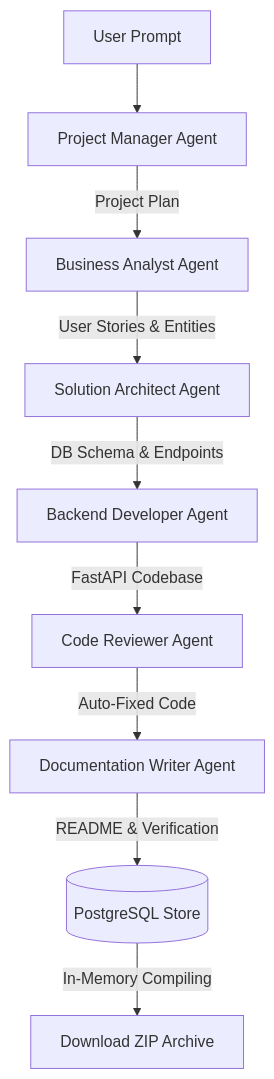
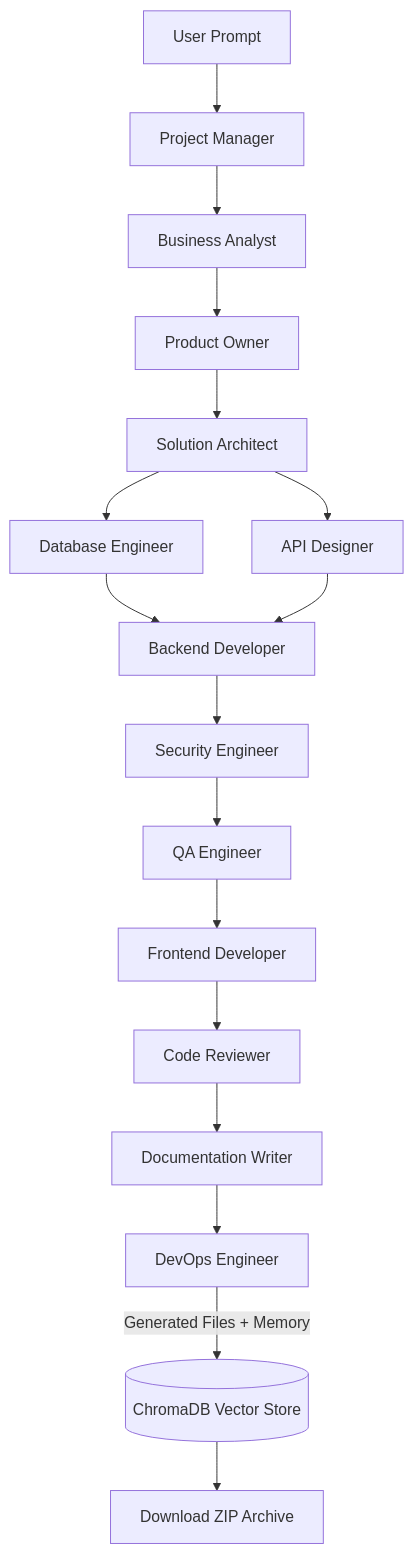
One commit to Logesh-Murugan/codeforge-ai changed the diagram in README.md. Above: the diagram before and after it, drawn with Mermaid. The commit also changed other lines of this file and 82 other files, not shown here.

````diff
--- a/README.md
+++ b/README.md
@@ -23,11 +25,19 @@
 ```mermaid
 flowchart TD
-    A[User Prompt] --> PM[Project Manager Agent]
-    PM -->|Project Plan| BA[Business Analyst Agent]
-    BA -->|User Stories & Entities| SA[Solution Architect Agent]
-    SA -->|DB Schema & Endpoints| BD[Backend Developer Agent]
-    BD -->|FastAPI Codebase| CR[Code Reviewer Agent]
-    CR -->|Auto-Fixed Code| DW[Documentation Writer Agent]
-    DW -->|README & Verification| DB[(PostgreSQL Store)]
-    DB -->|In-Memory Compiling| ZIP[Download ZIP Archive]
+    A[User Prompt] --> PM[Project Manager]
+    PM --> BA[Business Analyst]
+    BA --> PO[Product Owner]
+    PO --> SA[Solution Architect]
+    SA --> DB[Database Engineer]
+    SA --> AD[API Designer]
+    DB --> BD[Backend Developer]
+    AD --> BD
+    BD --> SE[Security Engineer]
+    SE --> QA[QA Engineer]
+    QA --> FE[Frontend Developer]
+    FE --> CR[Code Reviewer]
+    CR --> DW[Documentation Writer]
+    DW --> DO[DevOps Engineer]
+    DO -->|Generated Files + Memory| VDB[(ChromaDB Vector Store)]
+    VDB --> ZIP[Download ZIP Archive]
 ```
````
